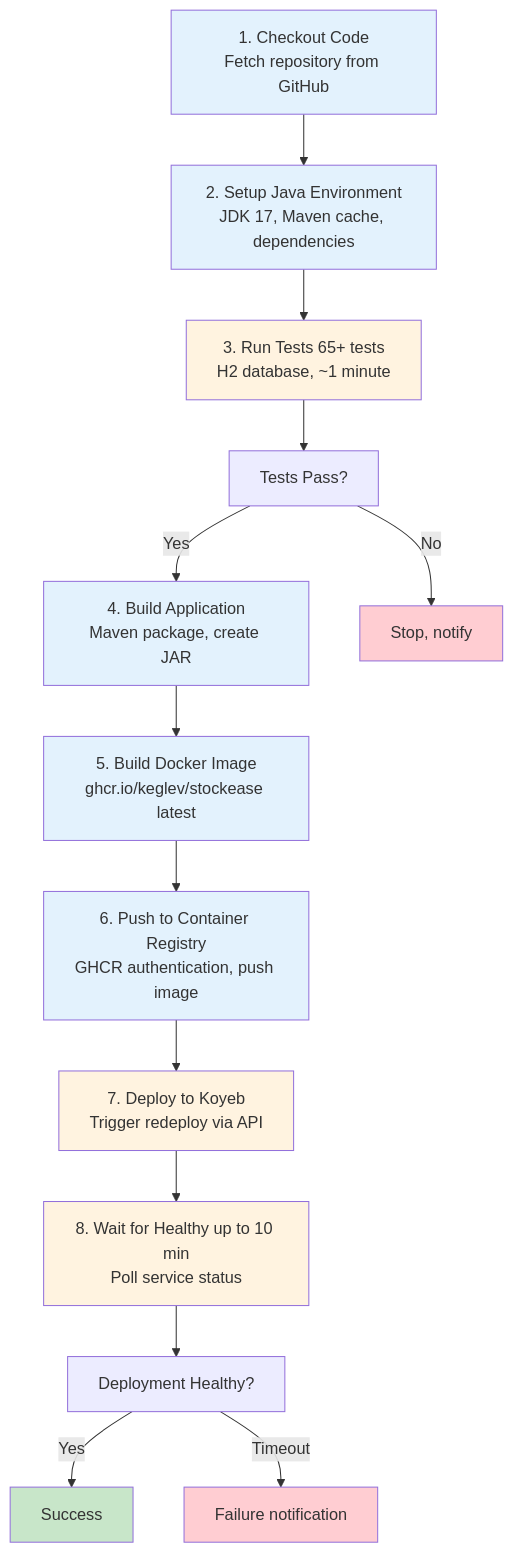
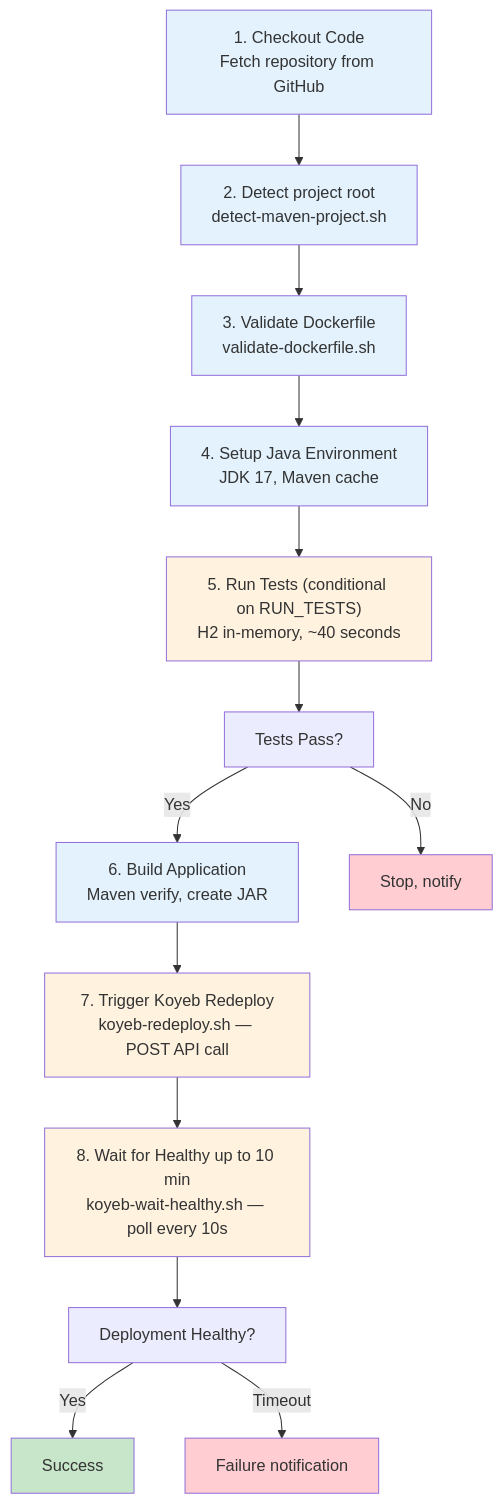
One commit to Keglev/stockease changed the diagram in docs/architecture/deployment/ci-pipeline.md. Above: the diagram before and after it, drawn with Mermaid. The commit also changed other lines of this file and 6 other files, not shown here.

Commit message:
Updated docs architecture .md files to reflect changes in workflow and script files

````diff
--- a/docs/architecture/deployment/ci-pipeline.md
+++ b/docs/architecture/deployment/ci-pipeline.md
@@ -33,30 +35,30 @@
 ```mermaid
 graph TD
-    A["1. Checkout Code<br/>Fetch repository from GitHub"] --> B["2. Setup Java Environment<br/>JDK 17, Maven cache, dependencies"]
-    B --> C["3. Run Tests 65+ tests<br/>H2 database, ~1 minute"]
-    
-    C --> D["Tests Pass?"]
-    D -->|Yes| E["4. Build Application<br/>Maven package, create JAR"]
-    D -->|No| F["Stop, notify"]
-    
-    E --> G["5. Build Docker Image<br/>ghcr.io/keglev/stockease latest"]
-    G --> H["6. Push to Container Registry<br/>GHCR authentication, push image"]
-    H --> I["7. Deploy to Koyeb<br/>Trigger redeploy via API"]
-    I --> J["8. Wait for Healthy up to 10 min<br/>Poll service status"]
-    
+    A["1. Checkout Code<br/>Fetch repository from GitHub"] --> B["2. Detect project root<br/>detect-maven-project.sh"]
+    B --> C["3. Validate Dockerfile<br/>validate-dockerfile.sh"]
+    C --> D["4. Setup Java Environment<br/>JDK 17, Maven cache"]
+    D --> E["5. Run Tests (conditional on RUN_TESTS)<br/>H2 in-memory, ~40 seconds"]
+
+    E --> F["Tests Pass?"]
+    F -->|Yes| G["6. Build Application<br/>Maven verify, create JAR"]
+    F -->|No| H["Stop, notify"]
+
+    G --> I["7. Trigger Koyeb Redeploy<br/>koyeb-redeploy.sh — POST API call"]
+    I --> J["8. Wait for Healthy up to 10 min<br/>koyeb-wait-healthy.sh — poll every 10s"]
+
     J --> K["Deployment Healthy?"]
     K -->|Yes| L[Success]
     K -->|Timeout| M["Failure notification"]
-    
+
     style A fill:#e3f2fd
     style B fill:#e3f2fd
-    style C fill:#fff3e0
-    style E fill:#e3f2fd
+    style C fill:#e3f2fd
+    style D fill:#e3f2fd
+    style E fill:#fff3e0
     style G fill:#e3f2fd
-    style H fill:#e3f2fd
     style I fill:#fff3e0
     style J fill:#fff3e0
     style L fill:#c8e6c9
-    style F fill:#ffcdd2
+    style H fill:#ffcdd2
     style M fill:#ffcdd2
 ```
````
